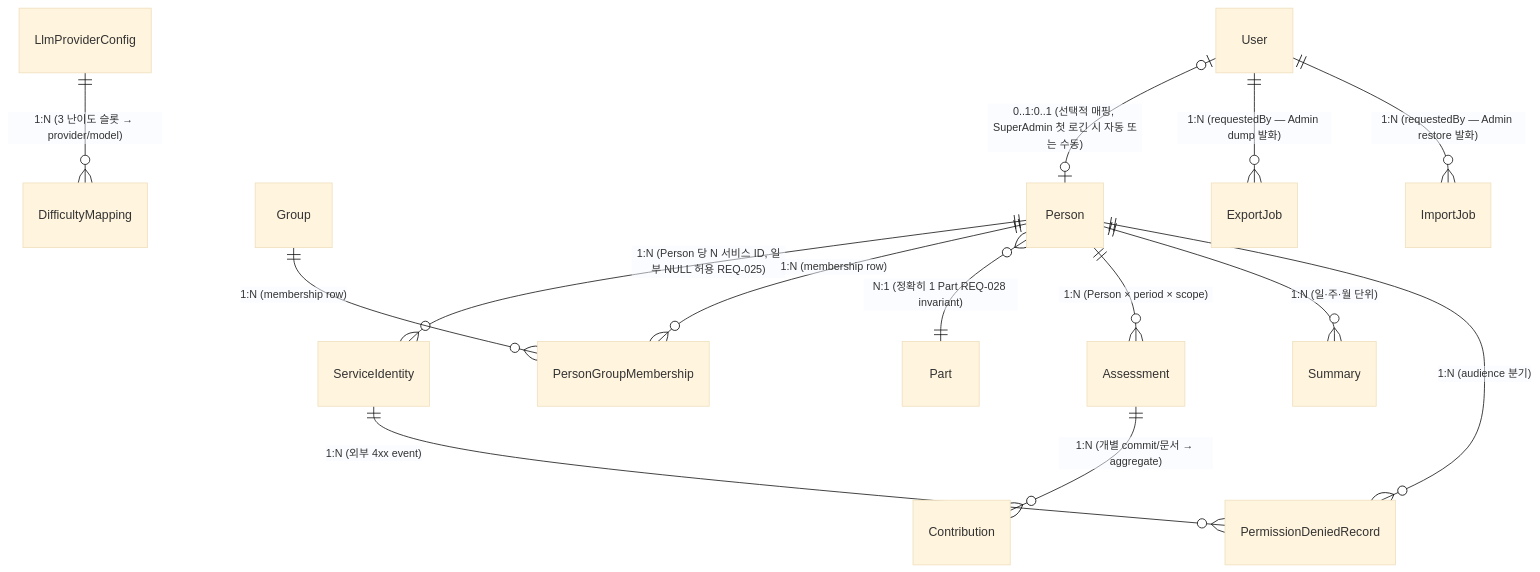
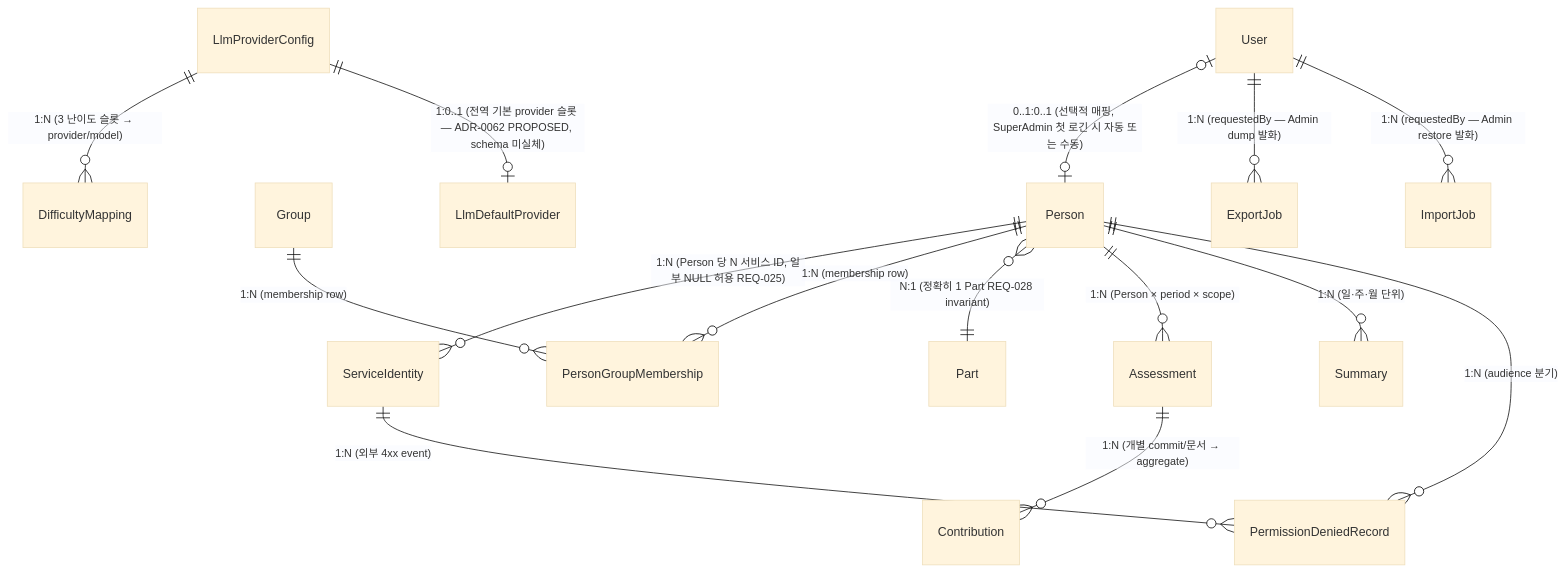
The diagram in docs/architecture/data-model.md (myungjoo/Assessment-Agent), drawn with Mermaid (base theme) before and after one commit. The commit also changed other lines of this file and 1 other file, not shown here.

First line of the commit message:
docs(adr): 다중-row LLM 기본 provider 명시 선택 정책 ADR-0062 박제 (T-1862) (#1485)

````diff
--- a/docs/architecture/data-model.md
+++ b/docs/architecture/data-model.md
@@ -47,16 +47,17 @@
 ```mermaid
 erDiagram
     Person ||--o{ ServiceIdentity : "1:N (Person 당 N 서비스 ID, 일부 NULL 허용 REQ-025)"
     Person ||--o{ PersonGroupMembership : "1:N (membership row)"
     Group ||--o{ PersonGroupMembership : "1:N (membership row)"
     Person }o--|| Part : "N:1 (정확히 1 Part REQ-028 invariant)"
     Person ||--o{ Assessment : "1:N (Person × period × scope)"
     Person ||--o{ Summary : "1:N (일·주·월 단위)"
     Assessment ||--o{ Contribution : "1:N (개별 commit/문서 → aggregate)"
     User |o--o| Person : "0..1:0..1 (선택적 매핑, SuperAdmin 첫 로긴 시 자동 또는 수동)"
     LlmProviderConfig ||--o{ DifficultyMapping : "1:N (3 난이도 슬롯 → provider/model)"
+    LlmProviderConfig ||--o| LlmDefaultProvider : "1:0..1 (전역 기본 provider 슬롯 — ADR-0062 PROPOSED, schema 미실체)"
     ServiceIdentity ||--o{ PermissionDeniedRecord : "1:N (외부 4xx event)"
     Person ||--o{ PermissionDeniedRecord : "1:N (audience 분기)"
     User ||--o{ ExportJob : "1:N (requestedBy — Admin dump 발화)"
     User ||--o{ ImportJob : "1:N (requestedBy — Admin restore 발화)"
 ```
````
